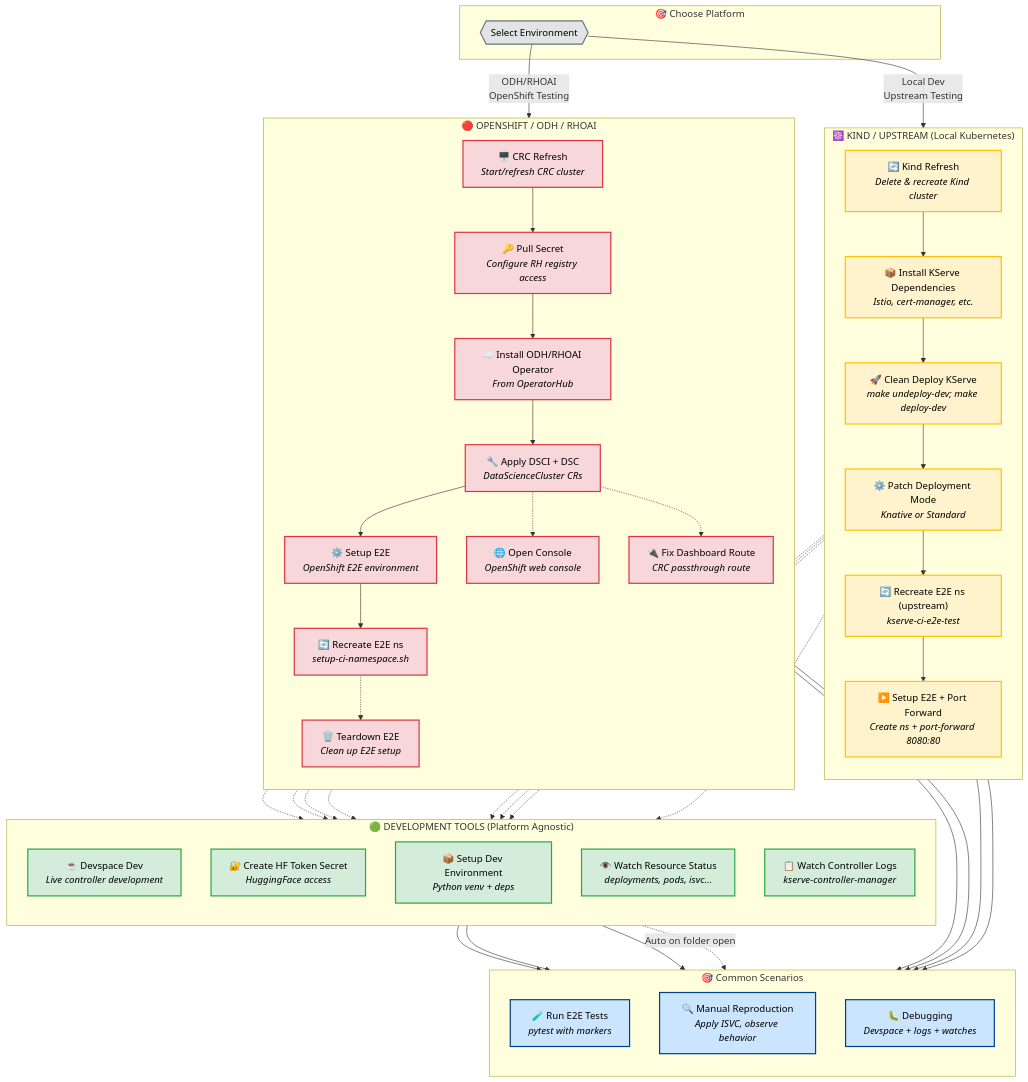
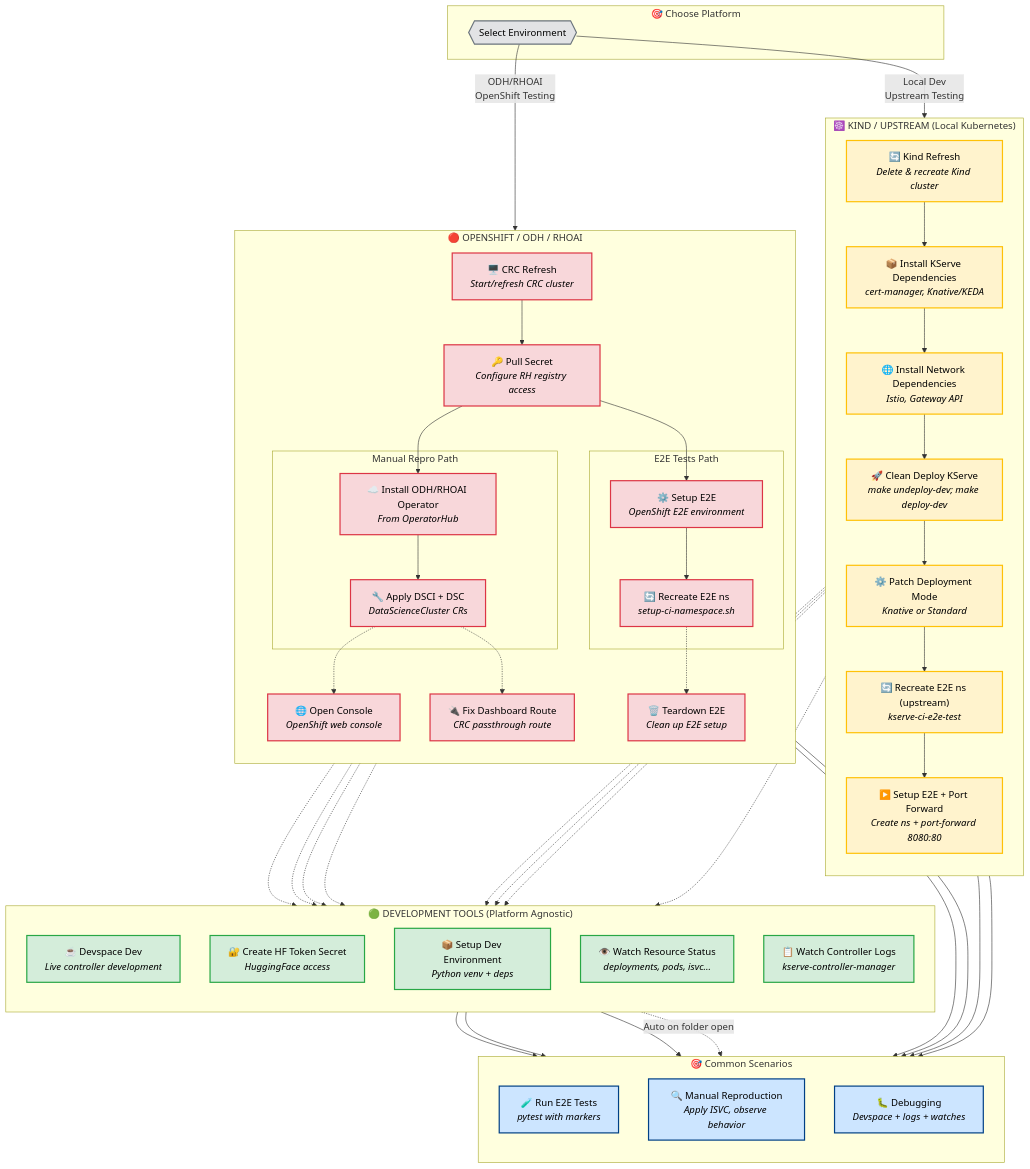
Before and after one commit to jlost/kserve-workspace: the diagram in workflow.md, drawn with Mermaid. The commit also changed other lines of this file and 4 other files, not shown here.

```diff
--- a/workflow.md
+++ b/workflow.md
@@ -16,14 +16,16 @@
     subgraph kind["☸️ KIND / UPSTREAM (Local Kubernetes)"]
         direction TB
         K1["🔄 Kind Refresh<br/><i>Delete & recreate Kind cluster</i>"]
-        K2["📦 Install KServe Dependencies<br/><i>Istio, cert-manager, etc.</i>"]
+        K2["📦 Install KServe Dependencies<br/><i>cert-manager, Knative/KEDA</i>"]
+        K2b["🌐 Install Network Dependencies<br/><i>Istio, Gateway API</i>"]
         K3["🚀 Clean Deploy KServe<br/><i>make undeploy-dev; make deploy-dev</i>"]
         K4["⚙️ Patch Deployment Mode<br/><i>Knative or Standard</i>"]
         K5["🔄 Recreate E2E ns (upstream)<br/><i>kserve-ci-e2e-test</i>"]
         K6["▶️ Setup E2E + Port Forward<br/><i>Create ns + port-forward 8080:80</i>"]
         
         K1 --> K2
-        K2 --> K3
+        K2 --> K2b
+        K2b --> K3
         K3 --> K4
         K4 --> K5
         K5 --> K6
@@ -36,18 +38,25 @@
         direction TB
         O1["🖥️ CRC Refresh<br/><i>Start/refresh CRC cluster</i>"]
         O2["🔑 Pull Secret<br/><i>Configure RH registry access</i>"]
-        O3["☁️ Install ODH/RHOAI Operator<br/><i>From OperatorHub</i>"]
-        O4["🔧 Apply DSCI + DSC<br/><i>DataScienceCluster CRs</i>"]
-        O5["⚙️ Setup E2E<br/><i>OpenShift E2E environment</i>"]
-        O6["🔄 Recreate E2E ns<br/><i>setup-ci-namespace.sh</i>"]
+        
+        subgraph manual["Manual Repro Path"]
+            O3["☁️ Install ODH/RHOAI Operator<br/><i>From OperatorHub</i>"]
+            O4["🔧 Apply DSCI + DSC<br/><i>DataScienceCluster CRs</i>"]
+        end
+        
+        subgraph e2e["E2E Tests Path"]
+            O5["⚙️ Setup E2E<br/><i>OpenShift E2E environment</i>"]
+            O6["🔄 Recreate E2E ns<br/><i>setup-ci-namespace.sh</i>"]
+        end
+        
         O7["🌐 Open Console<br/><i>OpenShift web console</i>"]
         O8["🔌 Fix Dashboard Route<br/><i>CRC passthrough route</i>"]
         O9["🗑️ Teardown E2E<br/><i>Clean up E2E setup</i>"]
         
         O1 --> O2
         O2 --> O3
+        O2 --> O5
         O3 --> O4
-        O4 --> O5
         O5 --> O6
         O4 -.-> O7
         O4 -.-> O8
@@ -108,7 +117,7 @@
     classDef goalStyle fill:#cce5ff,stroke:#004085,stroke-width:2px,color:#000
     classDef startStyle fill:#e2e3e5,stroke:#6c757d,stroke-width:2px,color:#000
 
-    class K1,K2,K3,K4,K5,K6 kindStyle
+    class K1,K2,K2b,K3,K4,K5,K6 kindStyle
     class O1,O2,O3,O4,O5,O6,O7,O8,O9 ocpStyle
     class D1,D2,D3,D4,D5 devStyle
     class G1,G2,G3 goalStyle
```
